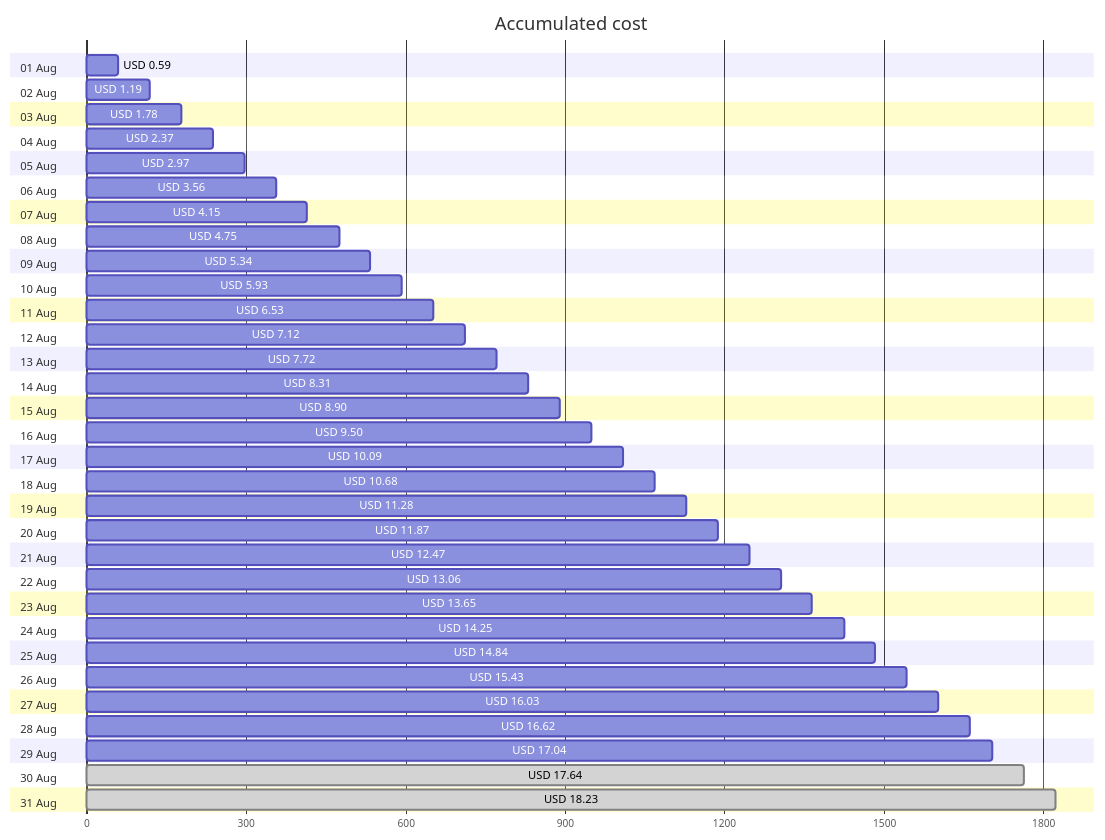
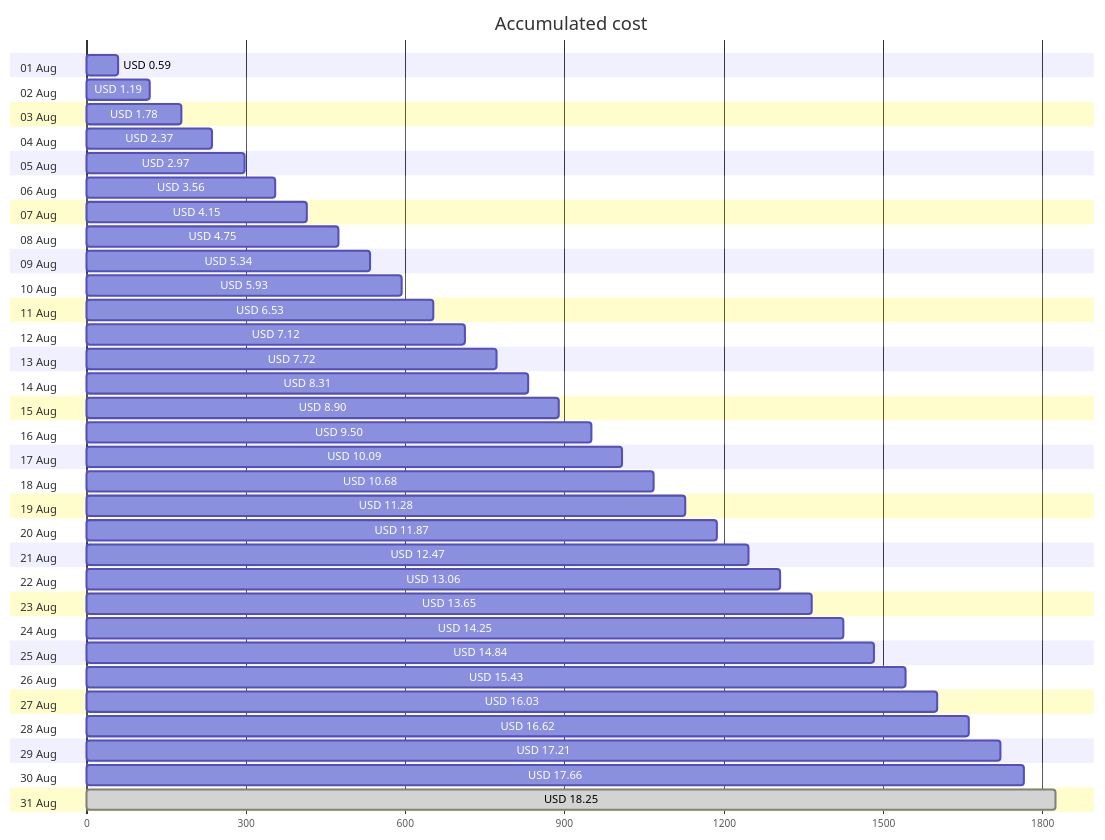
One commit to jpfulton/azure-personal-reports changed the first of 4 diagrams in cost-reports/personal-site/README.md. Above: the diagram before and after it, drawn with Mermaid. The commit also changed other lines of this file and 6 other files, not shown here.

````diff
--- a/cost-reports/personal-site/README.md
+++ b/cost-reports/personal-site/README.md
@@ -20,68 +20,68 @@
 ```mermaid
 gantt
    title Accumulated cost
    dateFormat  X
    axisFormat %s
    section 01 Aug
    USD 0.59 :0, 59
    section 02 Aug
    USD 1.19 :0, 119
    section 03 Aug
    USD 1.78 :0, 178
    section 04 Aug
    USD 2.37 :0, 237
    section 05 Aug
    USD 2.97 :0, 297
    section 06 Aug
    USD 3.56 :0, 356
    section 07 Aug
    USD 4.15 :0, 415
    section 08 Aug
    USD 4.75 :0, 475
    section 09 Aug
    USD 5.34 :0, 534
    section 10 Aug
    USD 5.93 :0, 593
    section 11 Aug
    USD 6.53 :0, 653
    section 12 Aug
    USD 7.12 :0, 712
    section 13 Aug
    USD 7.72 :0, 772
    section 14 Aug
    USD 8.31 :0, 831
    section 15 Aug
    USD 8.90 :0, 890
    section 16 Aug
    USD 9.50 :0, 950
    section 17 Aug
    USD 10.09 :0, 1009
    section 18 Aug
    USD 10.68 :0, 1068
    section 19 Aug
    USD 11.28 :0, 1128
    section 20 Aug
    USD 11.87 :0, 1187
    section 21 Aug
    USD 12.47 :0, 1247
    section 22 Aug
    USD 13.06 :0, 1306
    section 23 Aug
    USD 13.65 :0, 1365
    section 24 Aug
    USD 14.25 :0, 1425
    section 25 Aug
    USD 14.84 :0, 1484
    section 26 Aug
    USD 15.43 :0, 1543
    section 27 Aug
    USD 16.03 :0, 1603
    section 28 Aug
    USD 16.62 :0, 1662
    section 29 Aug
-   USD 17.04 :0, 1704
+   USD 17.21 :0, 1721
    section 30 Aug
-   USD 17.64 : done, 0, 1764
+   USD 17.66 :0, 1766
    section 31 Aug
-   USD 18.23 : done, 0, 1823
+   USD 18.25 : done, 0, 1825
 ```
````
